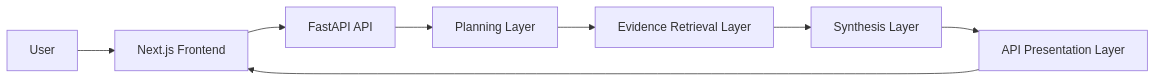
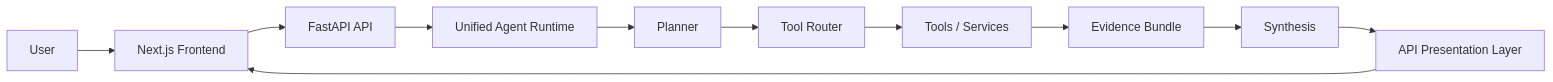
The diagram in README.md (yuni-wyx/StockIntelligenceCopilot), drawn with Mermaid before and after one commit. The commit also changed other lines of this file and 48 other files, not shown here.

````diff
--- a/README.md
+++ b/README.md
@@ -15,10 +16,13 @@
 ```mermaid
 flowchart LR
     U["User"] --> F["Next.js Frontend"]
     F --> A["FastAPI API"]
-    A --> P["Planning Layer"]
-    P --> R["Evidence Retrieval Layer"]
-    R --> S["Synthesis Layer"]
+    A --> AR["Unified Agent Runtime"]
+    AR --> P["Planner"]
+    P --> TR["Tool Router"]
+    TR --> T["Tools / Services"]
+    T --> EB["Evidence Bundle"]
+    EB --> S["Synthesis"]
     S --> AP["API Presentation Layer"]
     AP --> F
 ```
````
